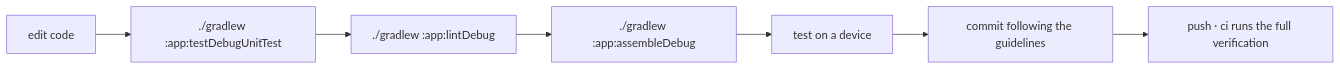
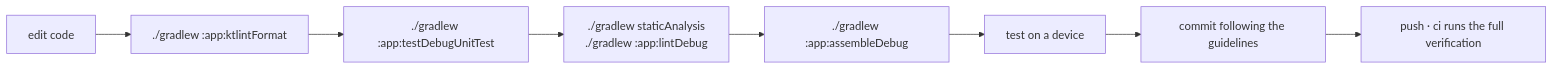
The diagram in documentation/en/developers/03-environment-and-build.md (rezzt-dev/focusphone-app), drawn with Mermaid before and after one commit. The commit also changed other lines of this file and 76 other files, not shown here.

````diff
--- a/documentation/en/developers/03-environment-and-build.md
+++ b/documentation/en/developers/03-environment-and-build.md
@@ -313,9 +375,10 @@
 ```mermaid
 flowchart LR
-    A["edit code"] --> B["./gradlew :app:testDebugUnitTest"]
-    B --> C["./gradlew :app:lintDebug"]
+    A["edit code"] --> A2["./gradlew :app:ktlintFormat"]
+    A2 --> B["./gradlew :app:testDebugUnitTest"]
+    B --> C["./gradlew staticAnalysis<br>./gradlew :app:lintDebug"]
     C --> D["./gradlew :app:assembleDebug"]
     D --> E["test on a device"]
     E --> F["commit following the guidelines"]
     F --> G["push · ci runs the full verification"]
 ```
````
